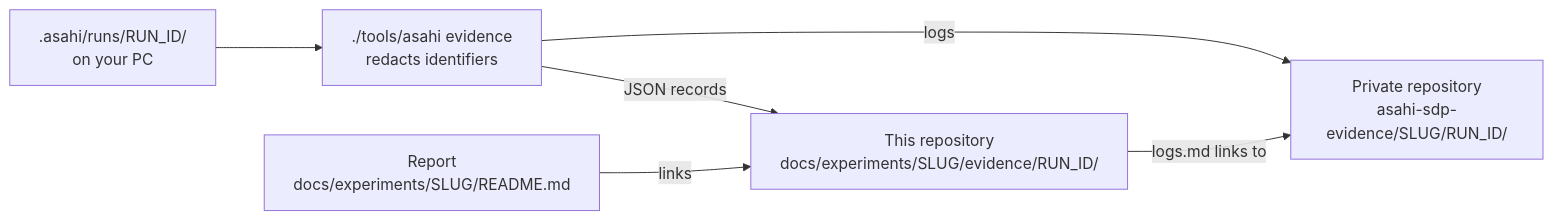
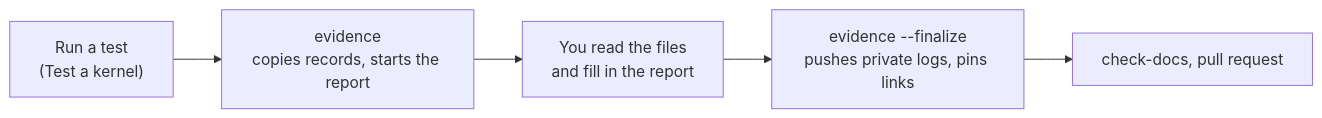
Before and after one commit to MagicCat3022/Asahi-Linux-Senior-Design-Project: the diagram in docs/guides/recording-an-experiment.md, drawn with Mermaid. The commit also changed other lines of this file and 60 other files, not shown here.

````diff
--- a/docs/guides/recording-an-experiment.md
+++ b/docs/guides/recording-an-experiment.md
@@ -15,8 +12,7 @@
 ```mermaid
 flowchart LR
-    run[".asahi/runs/RUN_ID/<br/>on your PC"] --> ev["./tools/asahi evidence<br/>redacts identifiers"]
-    ev -- "JSON records" --> pub["This repository<br/>docs/experiments/SLUG/evidence/RUN_ID/"]
-    ev -- "logs" --> priv["Private repository<br/>asahi-sdp-evidence/SLUG/RUN_ID/"]
-    pub -- "logs.md links to" --> priv
-    report["Report<br/>docs/experiments/SLUG/README.md"] -- "links" --> pub
+    run["Run a test<br/>(Test a kernel)"] --> ev["evidence<br/>copies records, starts the report"]
+    ev --> read["You read the files<br/>and fill in the report"]
+    read --> fin["evidence --finalize<br/>pushes private logs, pins links"]
+    fin --> pr["check-docs, pull request"]
 ```
````
